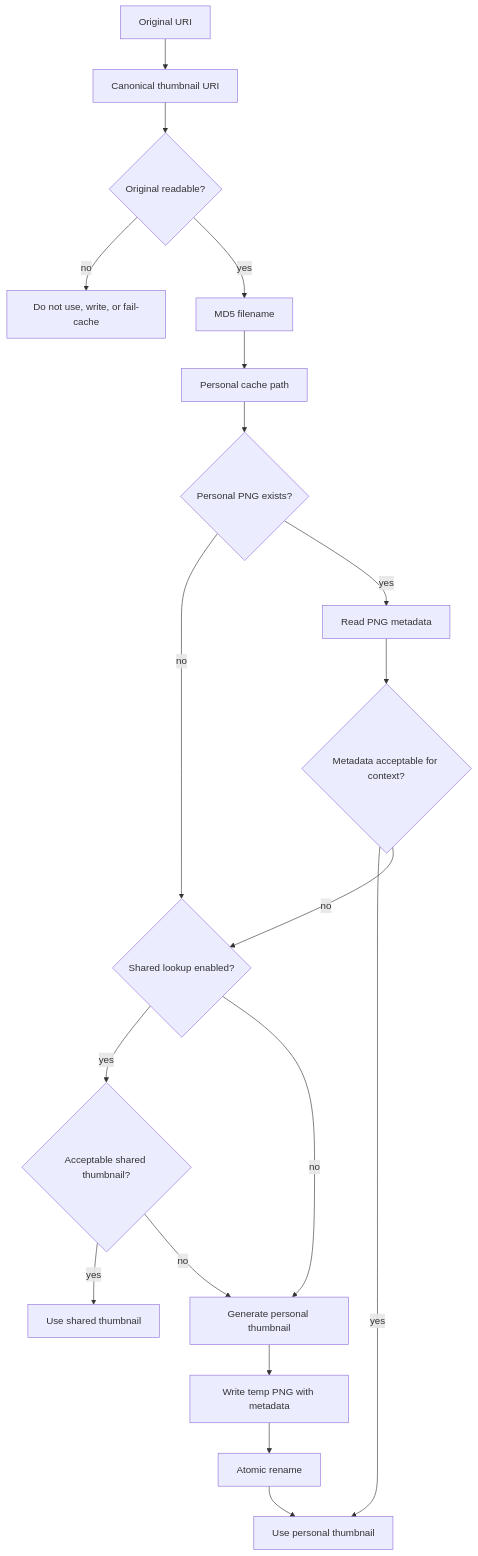
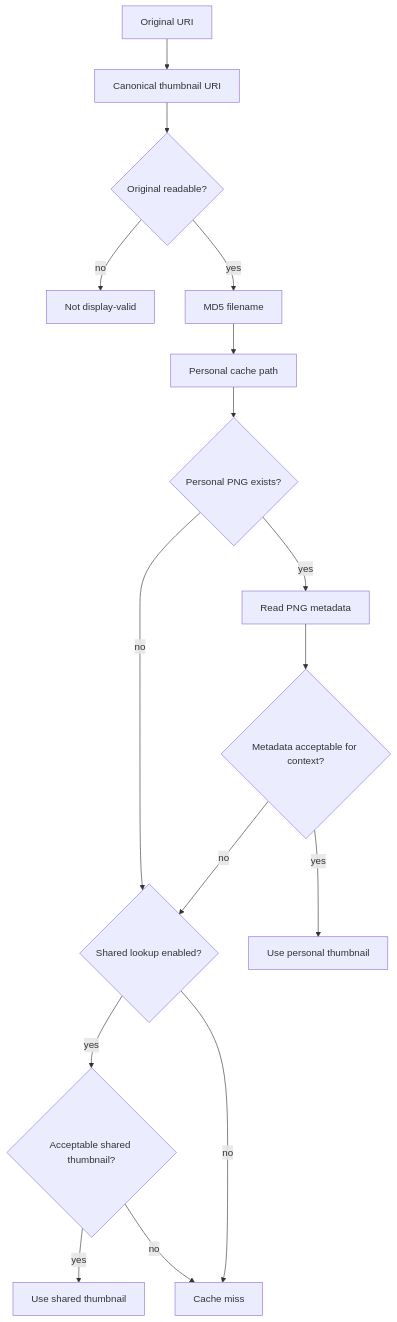
The diagram in docs/architecture/thumbnail-lifecycle.md (hnjae/xdg-thumbnail), drawn with Mermaid before and after one commit. The commit also changed other lines of this file and 6 other files, not shown here.

````diff
--- a/docs/architecture/thumbnail-lifecycle.md
+++ b/docs/architecture/thumbnail-lifecycle.md
@@ -7,21 +7,18 @@
 ```mermaid
 flowchart TD
     A[Original URI] --> B[Canonical thumbnail URI]
     B --> C{Original readable?}
-    C -- no --> L[Do not use, write, or fail-cache]
+    C -- no --> L[Not display-valid]
     C -- yes --> D[MD5 filename]
     D --> E[Personal cache path]
     E --> F{Personal PNG exists?}
     F -- no --> S{Shared lookup enabled?}
     F -- yes --> H[Read PNG metadata]
     H --> I{Metadata acceptable for context?}
     I -- yes --> J[Use personal thumbnail]
     I -- no --> S
     S -- yes --> T{Acceptable shared thumbnail?}
     T -- yes --> U[Use shared thumbnail]
-    T -- no --> G[Generate personal thumbnail]
-    S -- no --> G
-    G --> K[Write temp PNG with metadata]
-    K --> M[Atomic rename]
-    M --> J
+    T -- no --> N[Cache miss]
+    S -- no --> N
 ```
````
